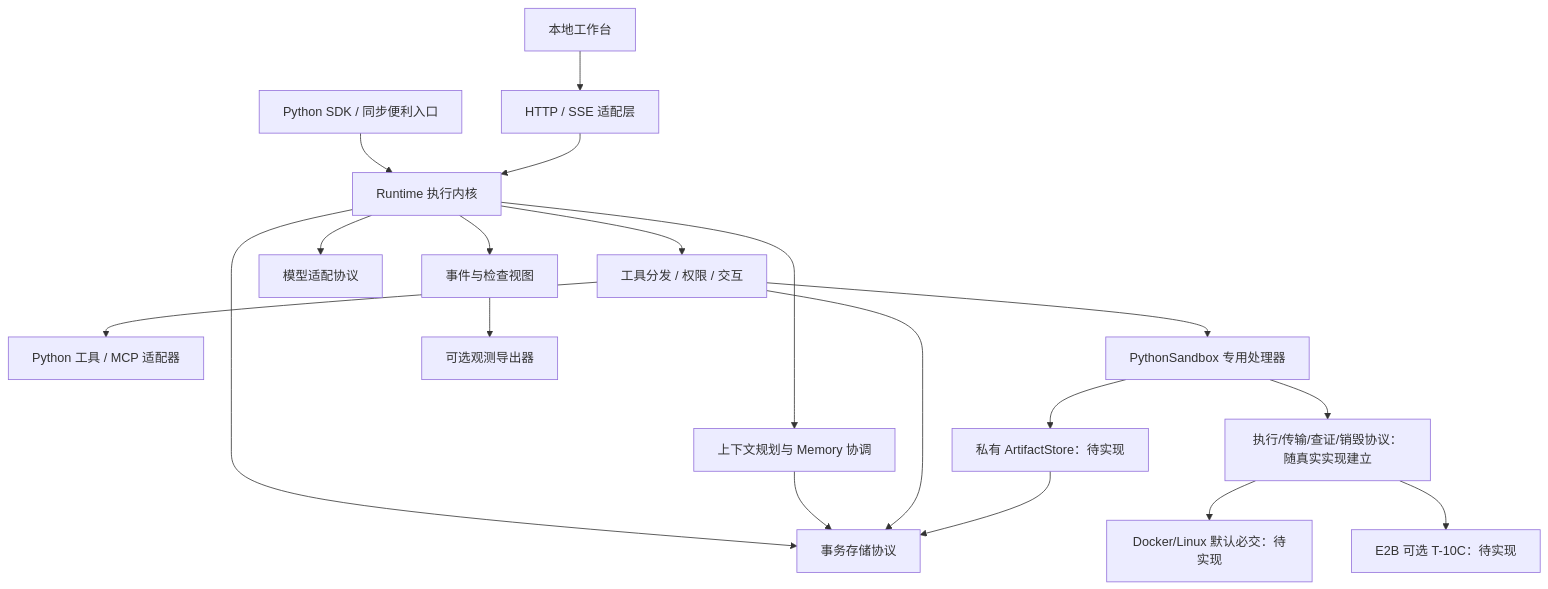
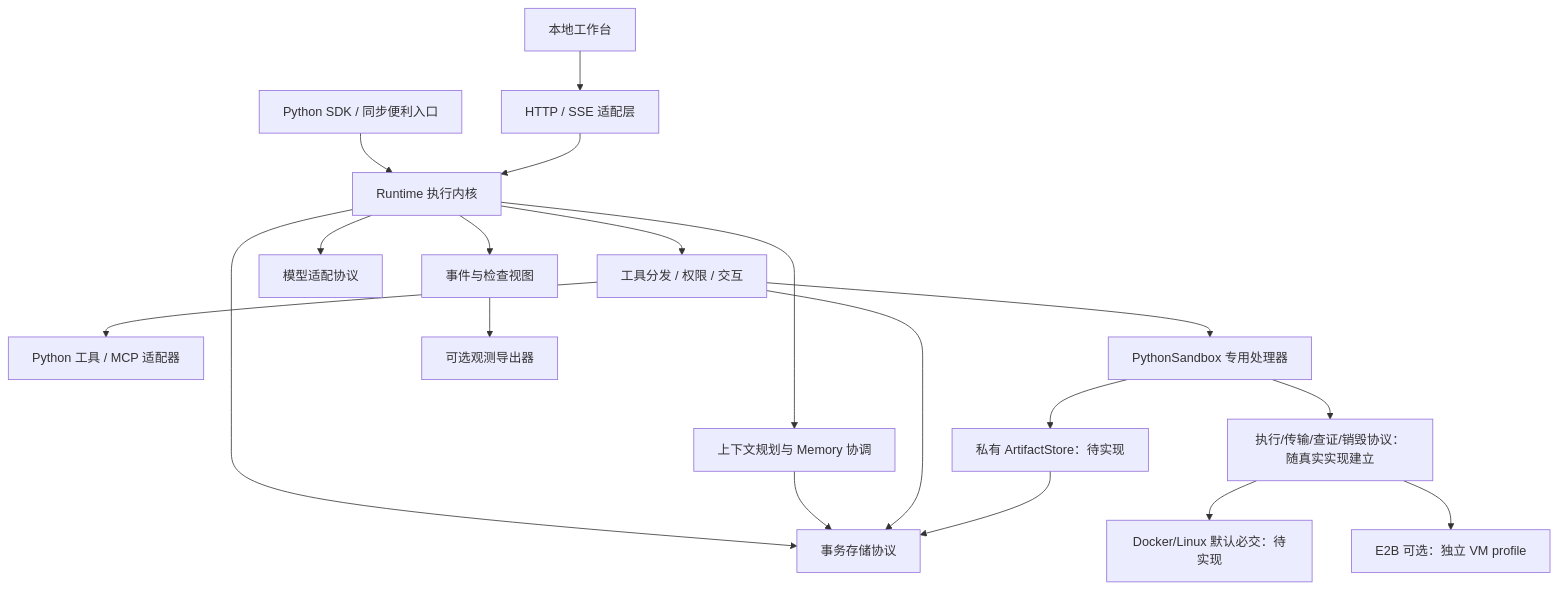
Before and after one commit to drov-ai/drov: the diagram in docs/planning/architecture.md, drawn with Mermaid. The commit also changed other lines of this file and 45 other files, not shown here.

````diff
--- a/docs/planning/architecture.md
+++ b/docs/planning/architecture.md
@@ -19,21 +19,21 @@
 ```mermaid
 flowchart TD
     SDK[Python SDK / 同步便利入口] --> R[Runtime 执行内核]
     UI[本地工作台] --> HTTP[HTTP / SSE 适配层]
     HTTP --> R
     R --> C[上下文规划与 Memory 协调]
     R --> T[工具分发 / 权限 / 交互]
     R --> P[模型适配协议]
     R --> S[事务存储协议]
     R --> E[事件与检查视图]
     C --> S
     T --> S
     T --> EXT[Python 工具 / MCP 适配器]
     T --> SB[PythonSandbox 专用处理器]
     SB --> BP[执行/传输/查证/销毁协议：随真实实现建立]
     BP --> DB[Docker/Linux 默认必交：待实现]
-    BP --> CB[E2B 可选 T-10C：待实现]
+    BP --> CB[E2B 可选：独立 VM profile]
     SB --> AS[私有 ArtifactStore：待实现]
     AS --> S
     E --> O[可选观测导出器]
 ```
````
